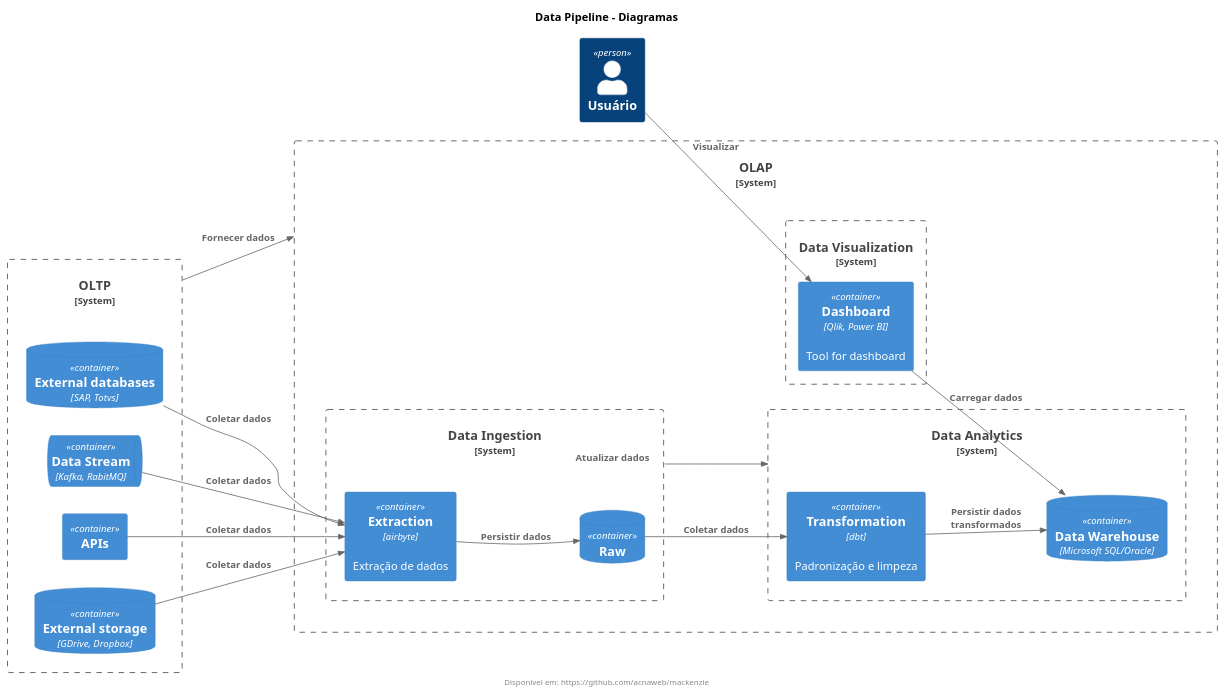
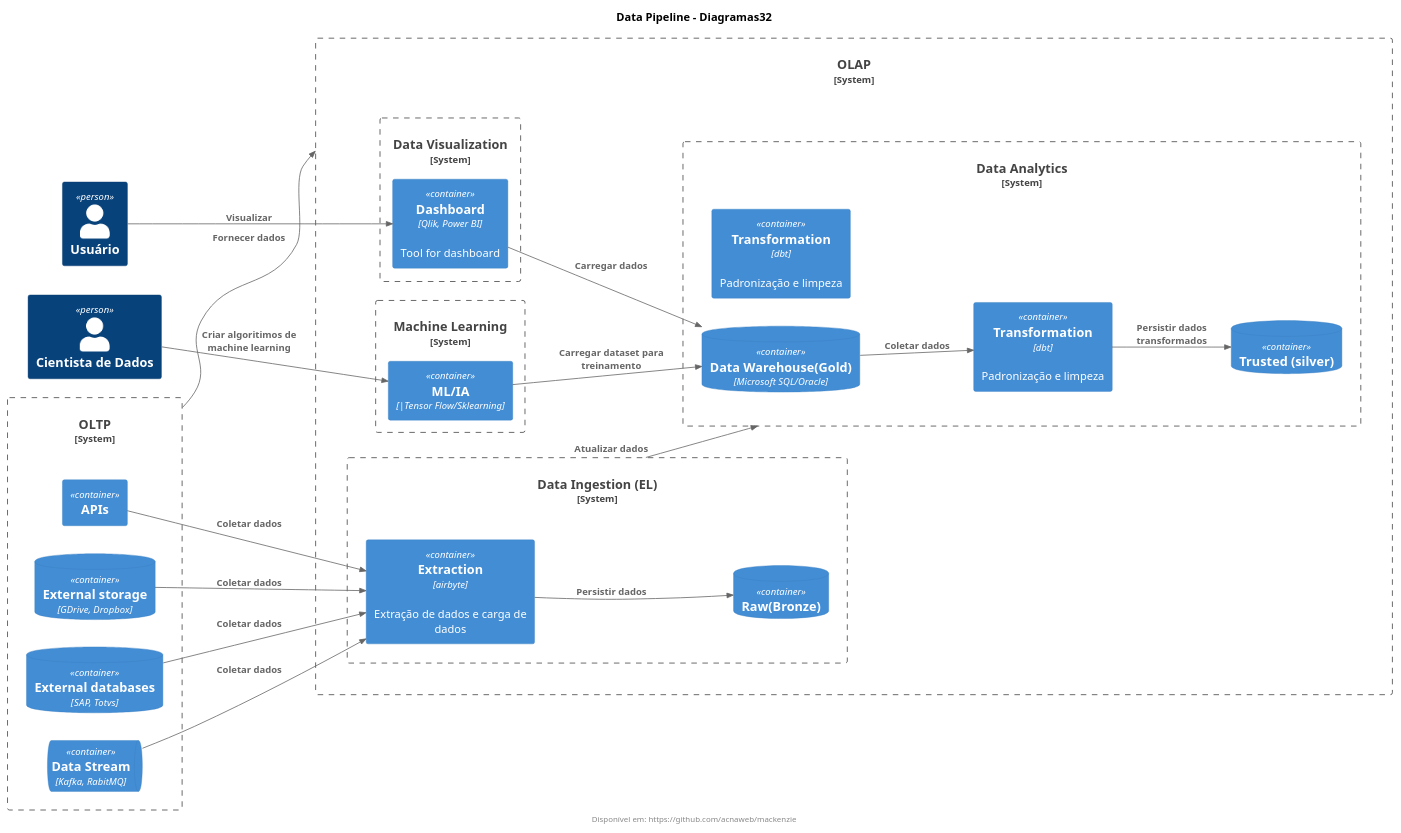
Before and after one commit to jeremiasmoura/mackenzie: the diagram in docs/data_pipelines.wsd, drawn with PlantUML.

```diff
--- a/docs/data_pipelines.wsd
+++ b/docs/data_pipelines.wsd
@@ -1,47 +1,61 @@
 @startuml
 !include https://raw.githubusercontent.com/plantuml-stdlib/C4-PlantUML/master/C4_Container.puml
-title Data Pipeline - Diagramas
+title Data Pipeline - Diagramas32   
 footer Disponível em: https://github.com/acnaweb/mackenzie
-LAYOUT_LEFT_RIGHT()
+LAYOUT_LANDSCAPE()
 
 Person(user, "Usuário")
+Person(data_scientist, "Cientista de Dados")
 
 System_Boundary(olap, "OLAP") {
+
+    System_Boundary(ml, "Machine Learning") {
+        Container(ia, "ML/IA", "|Tensor Flow/Sklearning", "")
+    }
 
     System_Boundary(dataviz, "Data Visualization") {
         Container(dash, "Dashboard", "Qlik, Power BI", "Tool for dashboard")
     }
+    
+    System_Boundary(analytics, "Data Analytics") {
+        ContainerDb(silver, "Trusted (silver)", "")
+        Container(transformation_bronze_silver, "Transformation", "dbt", "Padronização e limpeza")
 
-    System_Boundary(analytics, "Data Analytics") {
-        ContainerDb(dw, "Data Warehouse", "Microsoft SQL/Oracle")
-        Container(transformation, "Transformation", "dbt", "Padronização e limpeza")
+
+        ContainerDb(gold, "Data Warehouse(Gold)", "Microsoft SQL/Oracle")
+        Container(transformation_silver_gold, "Transformation", "dbt", "Padronização e limpeza")
     }
 
-    System_Boundary(ingestion, "Data Ingestion") {
-        ContainerDb(raw, "Raw")
-        Container(extraction, "Extraction", "airbyte", "Extração de dados")
+    System_Boundary(ingestion, "Data Ingestion (EL)") {
+        ContainerDb(bronze, "Raw(Bronze)")
+        Container(extraction, "Extraction", "airbyte", "Extração de dados e carga de dados")
     }
 }
 
 System_Boundary(oltp, "OLTP") {
     ContainerDb(external_db, "External databases", "SAP, Totvs")
     ContainerQueue(external_queue, "Data Stream", "Kafka, RabitMQ")
     Container(external_api, "APIs")
     ContainerDb(external_storage, "External storage", "GDrive, Dropbox")
 }
 
+
 Rel(external_db, extraction, "Coletar dados")
 Rel(external_queue, extraction, "Coletar dados")
 Rel(external_api, extraction, "Coletar dados")
 Rel(external_storage, extraction, "Coletar dados")
-Rel(extraction, raw, "Persistir dados")
+Rel(extraction, bronze, "Persistir dados")
 
 Rel(oltp, olap, "Fornecer dados")
 Rel(ingestion, analytics, "Atualizar dados")
 
 Rel(user, dash, "Visualizar")
-Rel(dash, dw, "Carregar dados")
+Rel(dash, gold, "Carregar dados")
 
-Rel(transformation, dw, "Persistir dados transformados")
-Rel(raw, transformation, "Coletar dados")
+
+Rel(data_scientist, ia, "Criar algoritimos de machine learning")
+Rel(ia, gold, "Carregar dataset para treinamento")
+
+Rel(transformation_silver_gold, silver, "Persistir dados transformados")
+Rel(gold, transformation_silver_gold, "Coletar dados")
 @enduml
```
